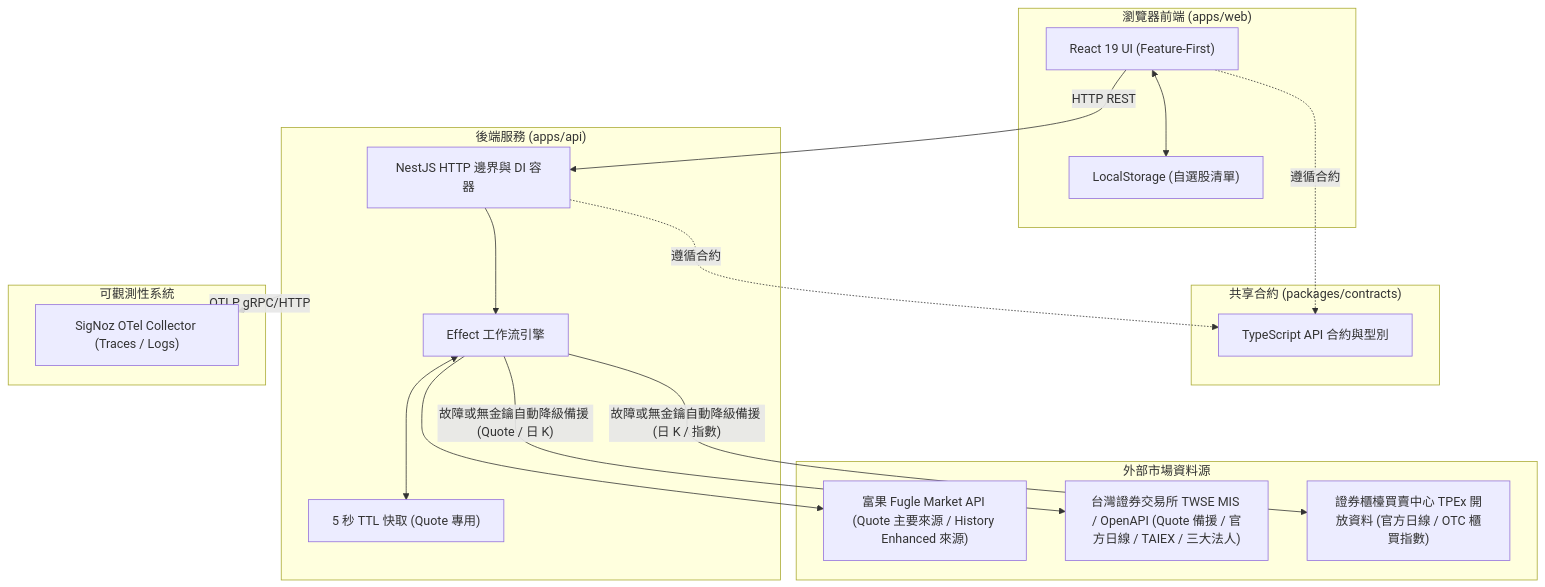
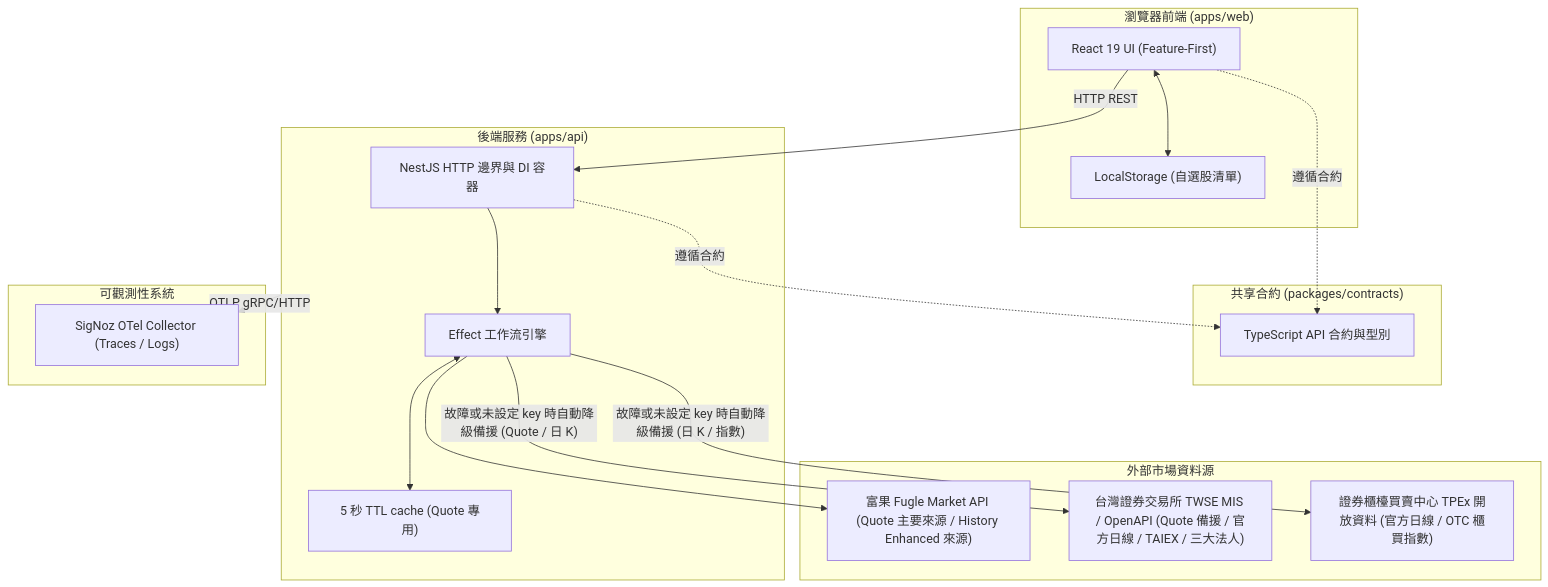
One commit to jchuder/tw-stock-dashboard changed the first of 2 diagrams in README.md. Above: the diagram before and after it, drawn with Mermaid. The commit also changed other lines of this file and 2 other files, not shown here.

````diff
--- a/README.md
+++ b/README.md
@@ -29,38 +29,38 @@
 ```mermaid
 flowchart TB
     subgraph Client["瀏覽器前端 (apps/web)"]
         UI["React 19 UI (Feature-First)"]
         LocalStorage["LocalStorage (自選股清單)"]
         UI <--> LocalStorage
     end
 
     subgraph Contracts["共享合約 (packages/contracts)"]
         Types["TypeScript API 合約與型別"]
     end
 
     subgraph Server["後端服務 (apps/api)"]
         Nest["NestJS HTTP 邊界與 DI 容器"]
         EffectEngine["Effect 工作流引擎"]
-        QuoteCache["5 秒 TTL 快取 (Quote 專用)"]
+        QuoteCache["5 秒 TTL cache (Quote 專用)"]
         Nest --> EffectEngine
         EffectEngine <--> QuoteCache
     end
 
     subgraph Upstream["外部市場資料源"]
         Fugle["富果 Fugle Market API (Quote 主要來源 / History Enhanced 來源)"]
         TWSE["台灣證券交易所 TWSE MIS / OpenAPI (Quote 備援 / 官方日線 / TAIEX / 三大法人)"]
         TPEx["證券櫃檯買賣中心 TPEx 開放資料 (官方日線 / OTC 櫃買指數)"]
     end
 
     subgraph Telemetry["可觀測性系統"]
         SigNoz["SigNoz OTel Collector (Traces / Logs)"]
     end
 
     UI -- HTTP REST --> Nest
     UI -. 遵循合約 .-> Types
     Nest -. 遵循合約 .-> Types
     EffectEngine --> Fugle
-    EffectEngine -- 故障或無金鑰自動降級備援 (Quote / 日 K) --> TWSE
-    EffectEngine -- 故障或無金鑰自動降級備援 (日 K / 指數) --> TPEx
+    EffectEngine -- 故障或未設定 key 時自動降級備援 (Quote / 日 K) --> TWSE
+    EffectEngine -- 故障或未設定 key 時自動降級備援 (日 K / 指數) --> TPEx
     Server -- OTLP gRPC/HTTP --> SigNoz
 ```
````
